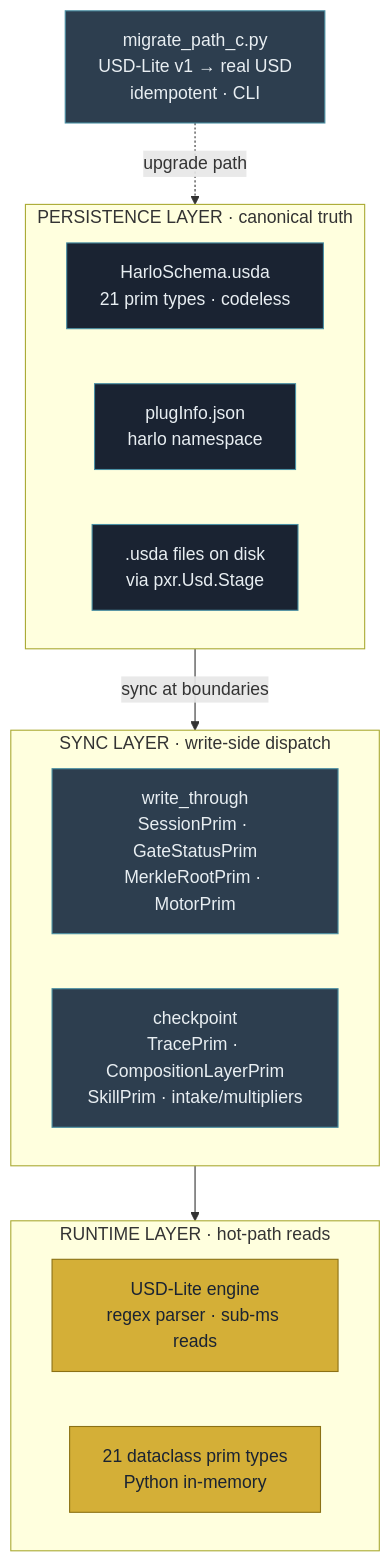
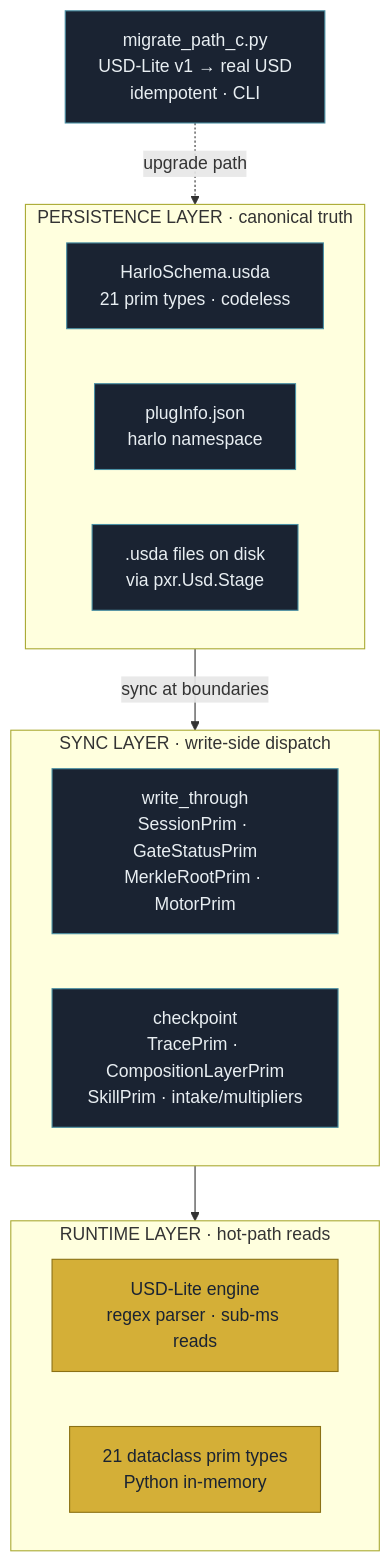
The first of 8 diagrams in README.md (JosephOIbrahim/Harlo), drawn with Mermaid before and after one commit. The commit also changed other lines of this file, not shown here.

First line of the commit message:
docs: collapse Mermaid classDefs to true duotone

````diff
--- a/README.md
+++ b/README.md
@@ -51,28 +51,27 @@
 ```mermaid
 flowchart TB
     subgraph PERSISTENCE["PERSISTENCE LAYER · canonical truth"]
         SCHEMA["HarloSchema.usda<br/>21 prim types · codeless"]:::substrate
         PLUG["plugInfo.json<br/>harlo namespace"]:::substrate
         DISK[".usda files on disk<br/>via pxr.Usd.Stage"]:::substrate
     end
 
     subgraph SYNCLAYER["SYNC LAYER · write-side dispatch"]
-        WT["write_through<br/>SessionPrim · GateStatusPrim<br/>MerkleRootPrim · MotorPrim"]:::utility
-        CP["checkpoint<br/>TracePrim · CompositionLayerPrim<br/>SkillPrim · intake/multipliers"]:::utility
+        WT["write_through<br/>SessionPrim · GateStatusPrim<br/>MerkleRootPrim · MotorPrim"]:::substrate
+        CP["checkpoint<br/>TracePrim · CompositionLayerPrim<br/>SkillPrim · intake/multipliers"]:::substrate
     end
 
     subgraph RUNTIME["RUNTIME LAYER · hot-path reads"]
         ENGINE["USD-Lite engine<br/>regex parser · sub-ms reads"]:::runtime
         DC["21 dataclass prim types<br/>Python in-memory"]:::runtime
     end
 
-    MIG["migrate_path_c.py<br/>USD-Lite v1 → real USD<br/>idempotent · CLI"]:::utility
+    MIG["migrate_path_c.py<br/>USD-Lite v1 → real USD<br/>idempotent · CLI"]:::substrate
 
     PERSISTENCE -->|"sync at boundaries"| SYNCLAYER
     SYNCLAYER --> RUNTIME
     MIG -.->|"upgrade path"| PERSISTENCE
 
     classDef substrate fill:#1a2332,stroke:#4a90a4,color:#e8eef2
     classDef runtime fill:#d4af37,stroke:#8b7115,color:#1a2332
-    classDef utility fill:#2d3e4f,stroke:#4a90a4,color:#e8eef2
 ```
````
